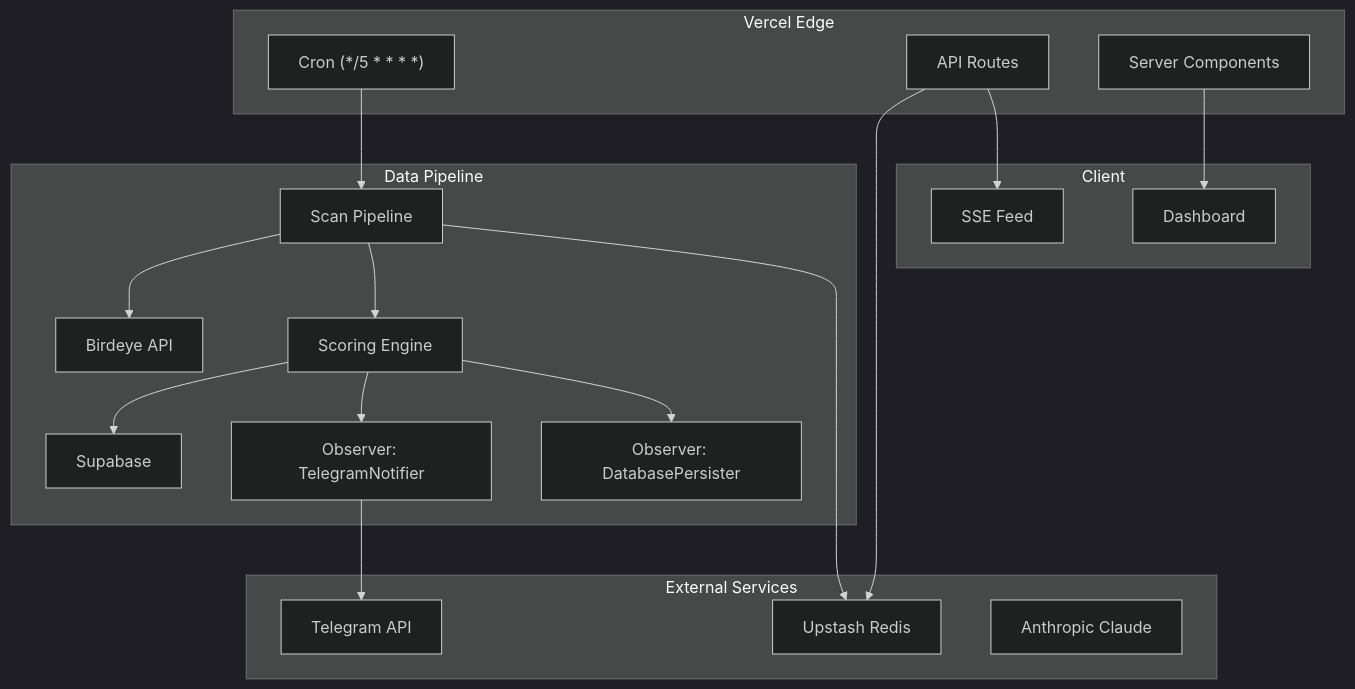
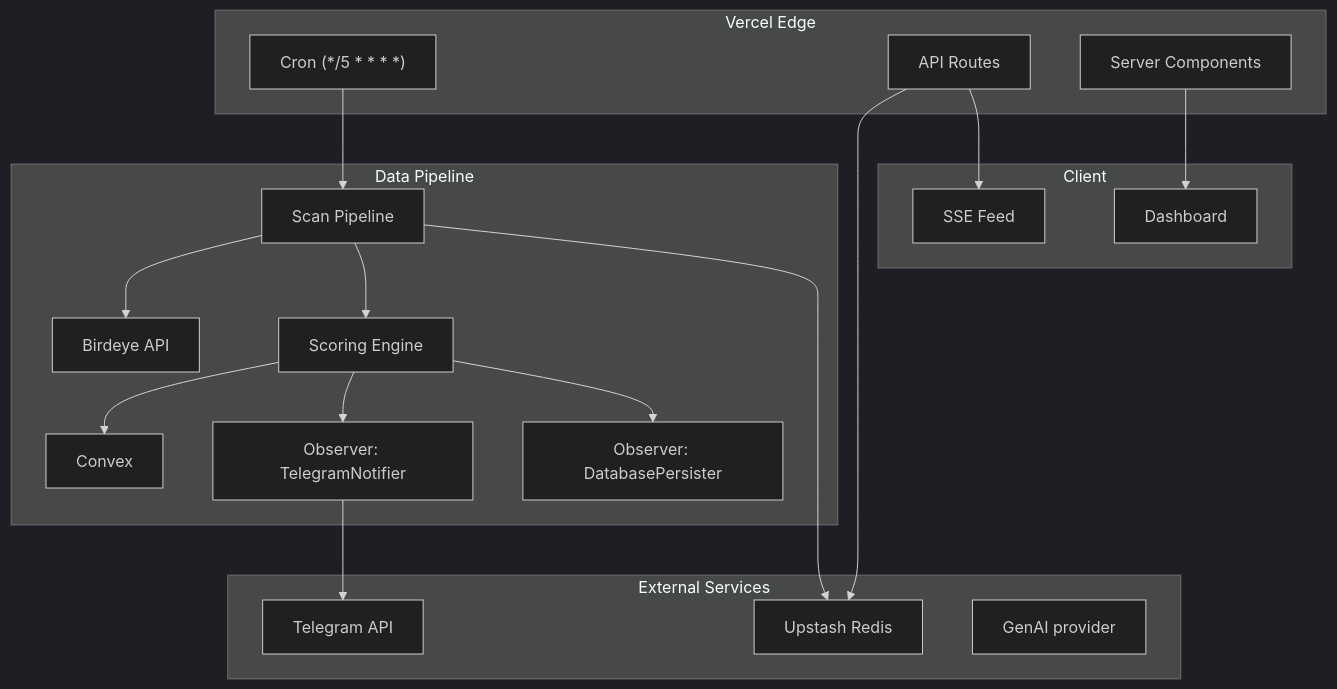
The diagram in implementation_plan.md (GhazyUrbayani/sentry-birdeye), drawn with Mermaid (dark theme) before and after one commit. The commit also changed other lines of this file and 26 other files, not shown here.

````diff
--- a/implementation_plan.md
+++ b/implementation_plan.md
@@ -31,36 +31,36 @@
 ```mermaid
 graph TB
     subgraph "Vercel Edge"
         CRON["Cron (*/5 * * * *)"]
         API["API Routes"]
         SSR["Server Components"]
     end
     
     subgraph "Data Pipeline"
         CRON --> SCAN["Scan Pipeline"]
         SCAN --> BE["Birdeye API"]
         SCAN --> SCORE["Scoring Engine"]
-        SCORE --> DB["Supabase"]
+        SCORE --> DB["Convex"]
         SCORE --> NOTIFY["Observer: TelegramNotifier"]
         SCORE --> PERSIST["Observer: DatabasePersister"]
     end
     
     subgraph "External Services"
         BE
         REDIS["Upstash Redis"]
         DB
         TG["Telegram API"]
-        AI["Anthropic Claude"]
+        AI["GenAI provider"]
     end
     
     subgraph "Client"
         DASH["Dashboard"]
         SSE["SSE Feed"]
     end
     
     API --> REDIS
     SCAN --> REDIS
     NOTIFY --> TG
     SSR --> DASH
     API --> SSE
 ```
````
